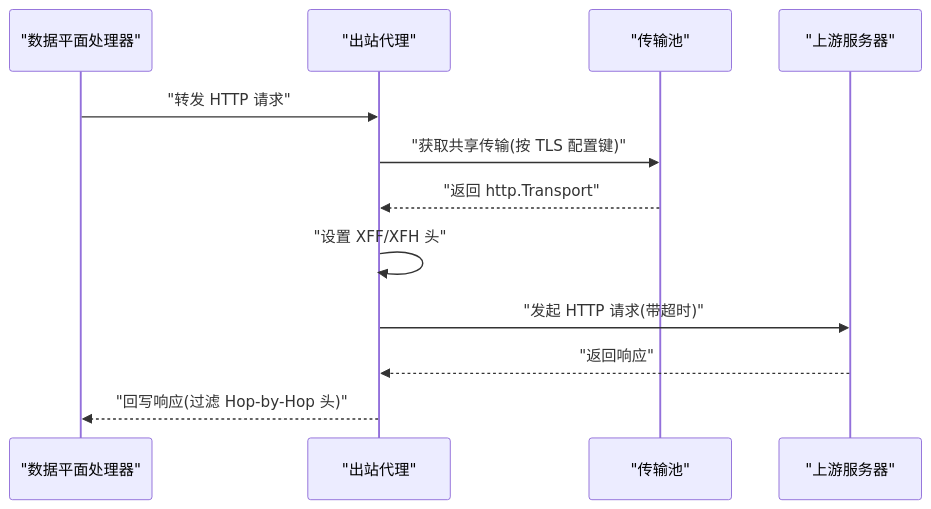
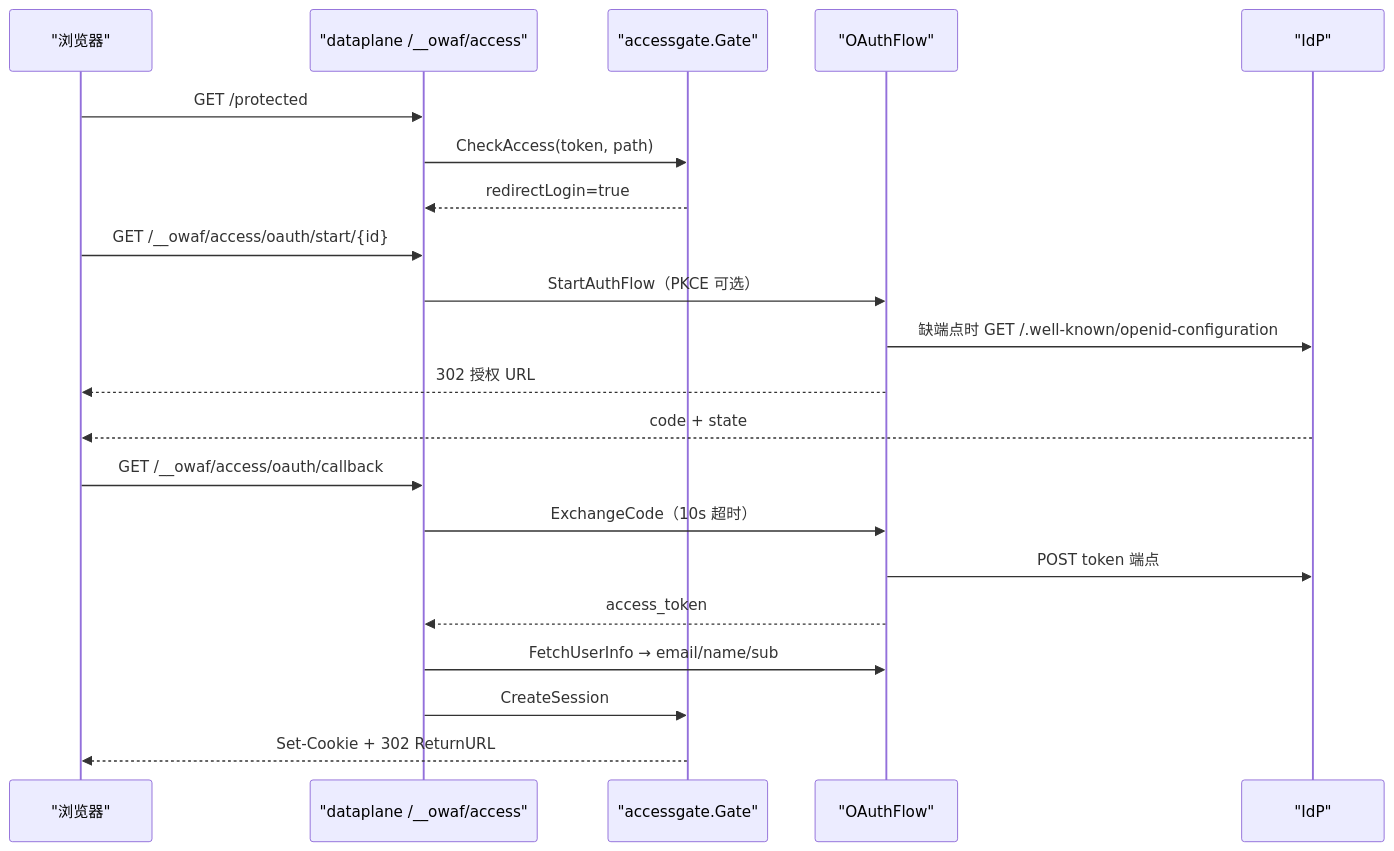
One commit to x01n/My-OpenWaf changed the sixth of 9 diagrams in docs/扩展与插件系统/第三方集成/服务集成.md. Above: the diagram before and after it, drawn with Mermaid. The commit also changed other lines of this file and 622 other files, not shown here.

````diff
--- a/docs/扩展与插件系统/第三方集成/服务集成.md
+++ b/docs/扩展与插件系统/第三方集成/服务集成.md
@@ -247,14 +396,23 @@
 ```mermaid
 sequenceDiagram
-participant DP as "数据平面处理器"
-participant Proxy as "出站代理"
-participant Pool as "传输池"
-participant Up as "上游服务器"
-DP->>Proxy : "转发 HTTP 请求"
-Proxy->>Pool : "获取共享传输(按 TLS 配置键)"
-Pool-->>Proxy : "返回 http.Transport"
-Proxy->>Proxy : "设置 XFF/XFH 头"
-Proxy->>Up : "发起 HTTP 请求(带超时)"
-Up-->>Proxy : "返回响应"
-Proxy-->>DP : "回写响应(过滤 Hop-by-Hop 头)"
+participant BR as "浏览器"
+participant DP as "dataplane /__owaf/access"
+participant G as "accessgate.Gate"
+participant F as "OAuthFlow"
+participant IDP as "IdP"
+BR->>DP : GET /protected
+DP->>G : CheckAccess(token, path)
+G-->>DP : redirectLogin=true
+BR->>DP : GET /__owaf/access/oauth/start/{id}
+DP->>F : StartAuthFlow（PKCE 可选）
+F->>IDP : 缺端点时 GET /.well-known/openid-configuration
+F-->>BR : 302 授权 URL
+IDP-->>BR : code + state
+BR->>DP : GET /__owaf/access/oauth/callback
+DP->>F : ExchangeCode（10s 超时）
+F->>IDP : POST token 端点
+F-->>DP : access_token
+DP->>F : FetchUserInfo → email/name/sub
+DP->>G : CreateSession
+G-->>BR : Set-Cookie + 302 ReturnURL
 ```
````
